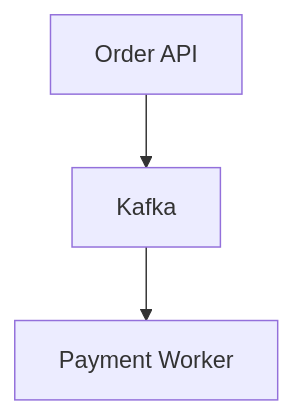
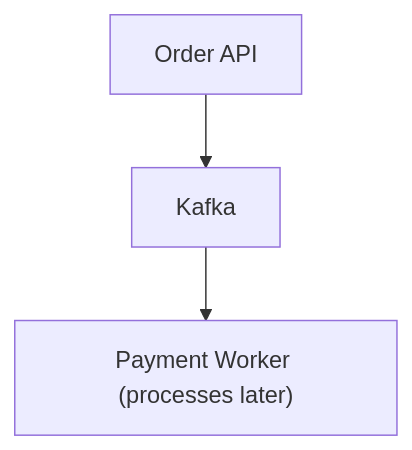
Before and after one commit to pankajThakur1874/studysheet: diagram 18 of 29 in files/08-edge-cases/Tier-1-Production-Failures.md, drawn with Mermaid. The commit also changed other lines of this file and 5 other files, not shown here.

````diff
--- a/files/08-edge-cases/Tier-1-Production-Failures.md
+++ b/files/08-edge-cases/Tier-1-Production-Failures.md
@@ -687,5 +791,5 @@
 ```mermaid
 flowchart TD
     A["Order API"] --> B["Kafka"]
-    B --> C["Payment Worker"]
+    B --> C["Payment Worker (processes later)"]
 ```
````
